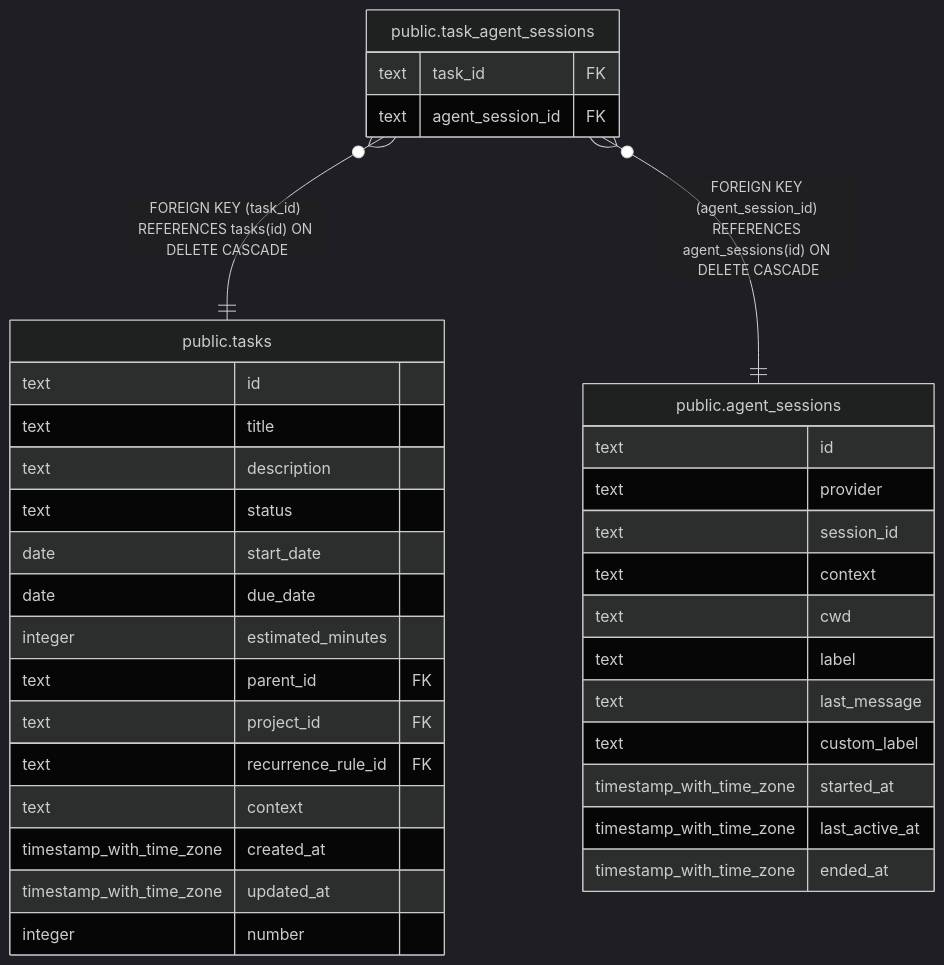
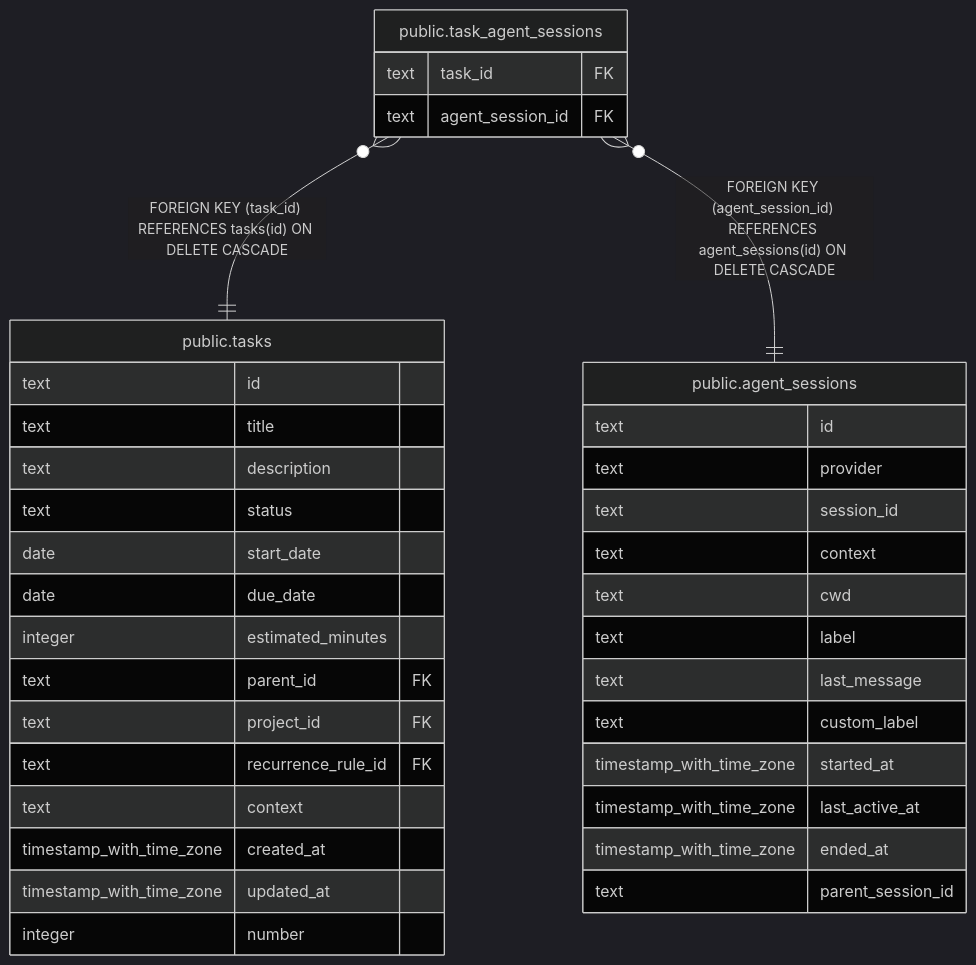
Before and after one commit to fohte/tq: the diagram in docs/db/public.task_agent_sessions.md, drawn with Mermaid (dark theme). The commit also changed 13 other files, not shown here.

Commit message:
api, cli: Automatically link derived sessions to the parent session's task (#484)

````diff
--- a/docs/db/public.task_agent_sessions.md
+++ b/docs/db/public.task_agent_sessions.md
@@ -28,40 +28,41 @@
 ```mermaid
 erDiagram
 
 "public.task_agent_sessions" }o--|| "public.tasks" : "FOREIGN KEY (task_id) REFERENCES tasks(id) ON DELETE CASCADE"
 "public.task_agent_sessions" }o--|| "public.agent_sessions" : "FOREIGN KEY (agent_session_id) REFERENCES agent_sessions(id) ON DELETE CASCADE"
 
 "public.task_agent_sessions" {
   text task_id FK
   text agent_session_id FK
 }
 "public.tasks" {
   text id
   text title
   text description
   text status
   date start_date
   date due_date
   integer estimated_minutes
   text parent_id FK
   text project_id FK
   text recurrence_rule_id FK
   text context
   timestamp_with_time_zone created_at
   timestamp_with_time_zone updated_at
   integer number
 }
 "public.agent_sessions" {
   text id
   text provider
   text session_id
   text context
   text cwd
   text label
   text last_message
   text custom_label
   timestamp_with_time_zone started_at
   timestamp_with_time_zone last_active_at
   timestamp_with_time_zone ended_at
+  text parent_session_id
 }
 ```
````
